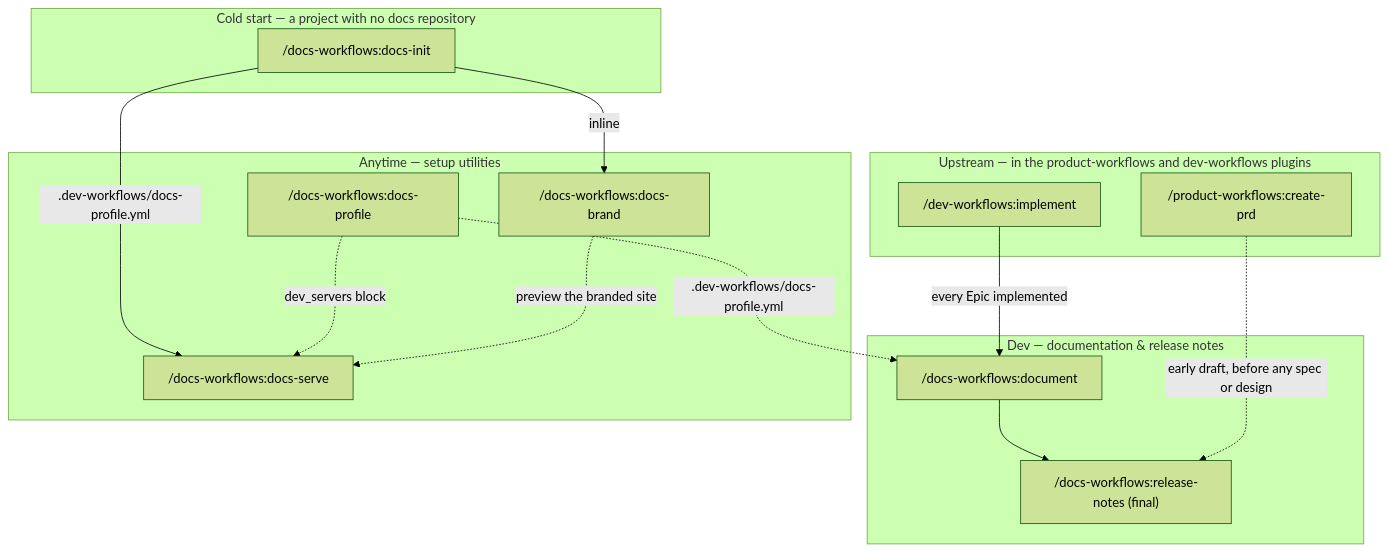
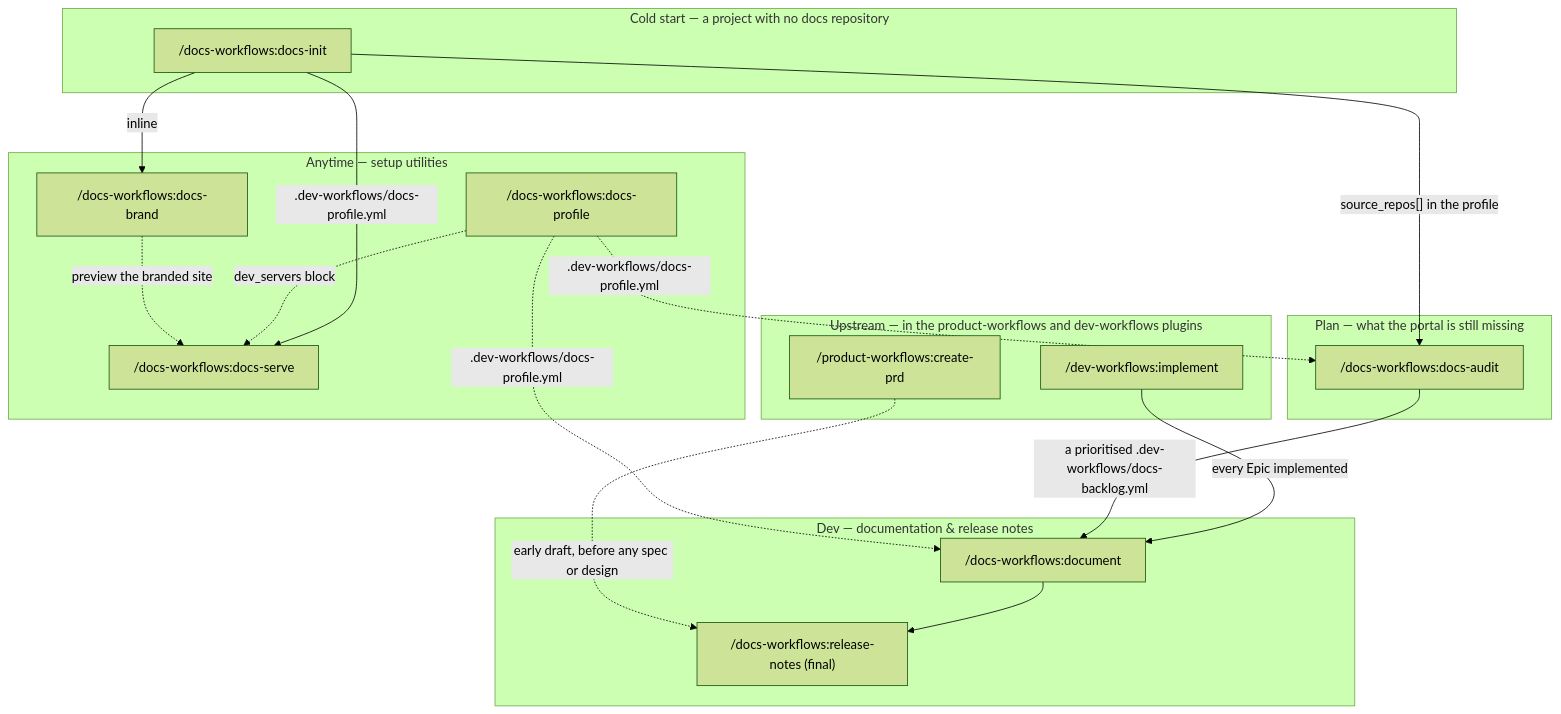
Before and after one commit to ihudak/ihudak-claude-plugins: the diagram in plugins/docs-workflows/docs/workflow.md, drawn with Mermaid (forest theme). The commit also changed other lines of this file and 17 other files, not shown here.

````diff
--- a/plugins/docs-workflows/docs/workflow.md
+++ b/plugins/docs-workflows/docs/workflow.md
@@ -5,28 +5,34 @@
 ```mermaid
 flowchart TD
     subgraph UP["Upstream — in the product-workflows and dev-workflows plugins"]
         implement["/dev-workflows:implement"]
         createprd["/product-workflows:create-prd"]
     end
     subgraph DOCS["Dev — documentation & release notes"]
         document["/docs-workflows:document"]
         rndev["/docs-workflows:release-notes (final)"]
         document --> rndev
     end
     subgraph COLD["Cold start — a project with no docs repository"]
         init["/docs-workflows:docs-init"]
     end
+    subgraph PLAN["Plan — what the portal is still missing"]
+        audit["/docs-workflows:docs-audit"]
+    end
     subgraph SETUP["Anytime — setup utilities"]
         profile["/docs-workflows:docs-profile"]
         brand["/docs-workflows:docs-brand"]
         docsserve["/docs-workflows:docs-serve"]
     end
 
     implement -->|every Epic implemented| document
     createprd -.->|early draft, before any spec or design| rndev
     init -->|inline| brand
+    init -->|"source_repos[] in the profile"| audit
+    audit -->|"a prioritised .dev-workflows/docs-backlog.yml"| document
     init -->|.dev-workflows/docs-profile.yml| docsserve
     profile -.->|.dev-workflows/docs-profile.yml| document
+    profile -.->|.dev-workflows/docs-profile.yml| audit
     profile -.->|dev_servers block| docsserve
     brand -.->|preview the branded site| docsserve
 ```
````
